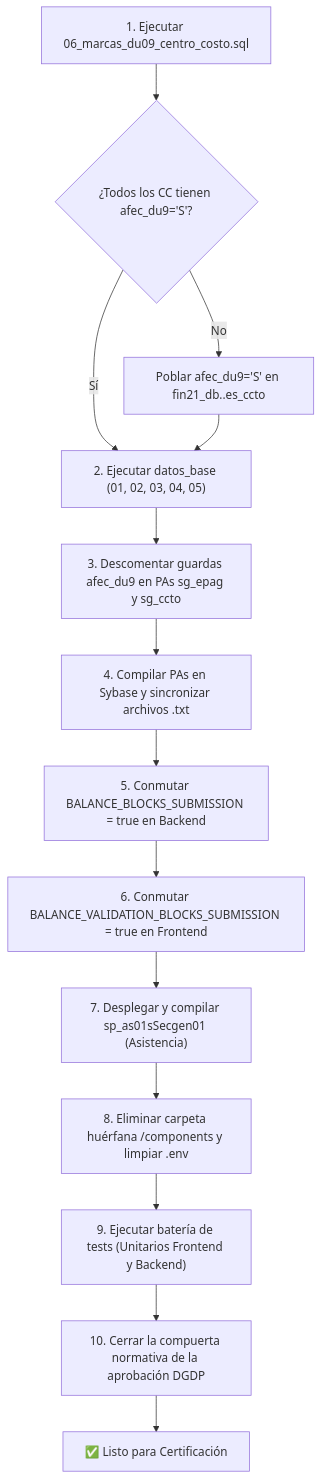
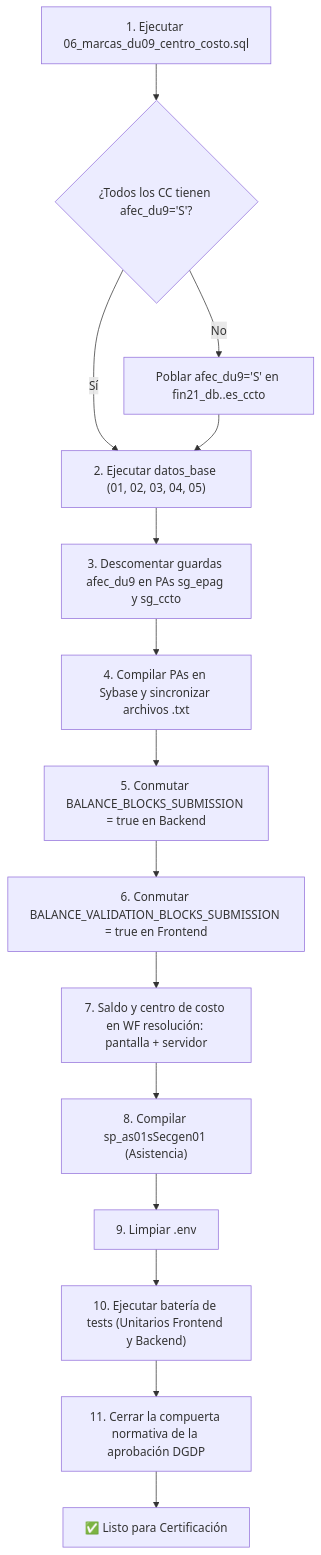
The diagram in checklist_validaciones_y_paso_a_certificacion.md (estebanlizama/template_wf_pagos), drawn with Mermaid before and after one commit. The commit also changed other lines of this file, not shown here.

````diff
--- a/checklist_validaciones_y_paso_a_certificacion.md
+++ b/checklist_validaciones_y_paso_a_certificacion.md
@@ -129,16 +183,17 @@
 ```mermaid
 flowchart TD
     A["1. Ejecutar 06_marcas_du09_centro_costo.sql"] --> B{"¿Todos los CC tienen afec_du9='S'?"}
     B -- No --> C["Poblar afec_du9='S' en fin21_db..es_ccto"]
     B -- Sí --> D["2. Ejecutar datos_base (01, 02, 03, 04, 05)"]
     C --> D
     D --> E["3. Descomentar guardas afec_du9 en PAs sg_epag y sg_ccto"]
     E --> F["4. Compilar PAs en Sybase y sincronizar archivos .txt"]
     F --> G["5. Conmutar BALANCE_BLOCKS_SUBMISSION = true en Backend"]
     G --> H["6. Conmutar BALANCE_VALIDATION_BLOCKS_SUBMISSION = true en Frontend"]
-    H --> I["7. Desplegar y compilar sp_as01sSecgen01 (Asistencia)"]
-    I --> J["8. Eliminar carpeta huérfana /components y limpiar .env"]
-    J --> K["9. Ejecutar batería de tests (Unitarios Frontend y Backend)"]
-    K --> M["10. Cerrar la compuerta normativa de la aprobación DGDP"]
+    H --> R["7. Saldo y centro de costo en WF resolución: pantalla + servidor"]
+    R --> I["8. Compilar sp_as01sSecgen01 (Asistencia)"]
+    I --> J["9. Limpiar .env"]
+    J --> K["10. Ejecutar batería de tests (Unitarios Frontend y Backend)"]
+    K --> M["11. Cerrar la compuerta normativa de la aprobación DGDP"]
     M --> L["✅ Listo para Certificación"]
 ```
````
